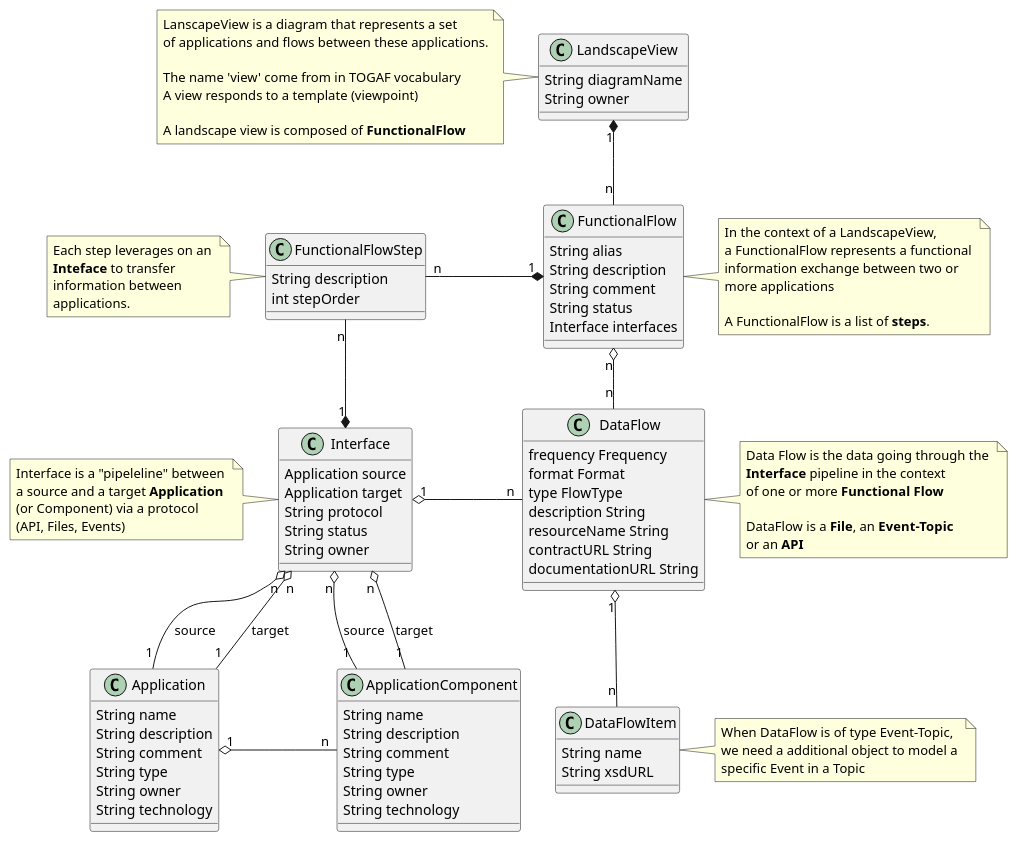
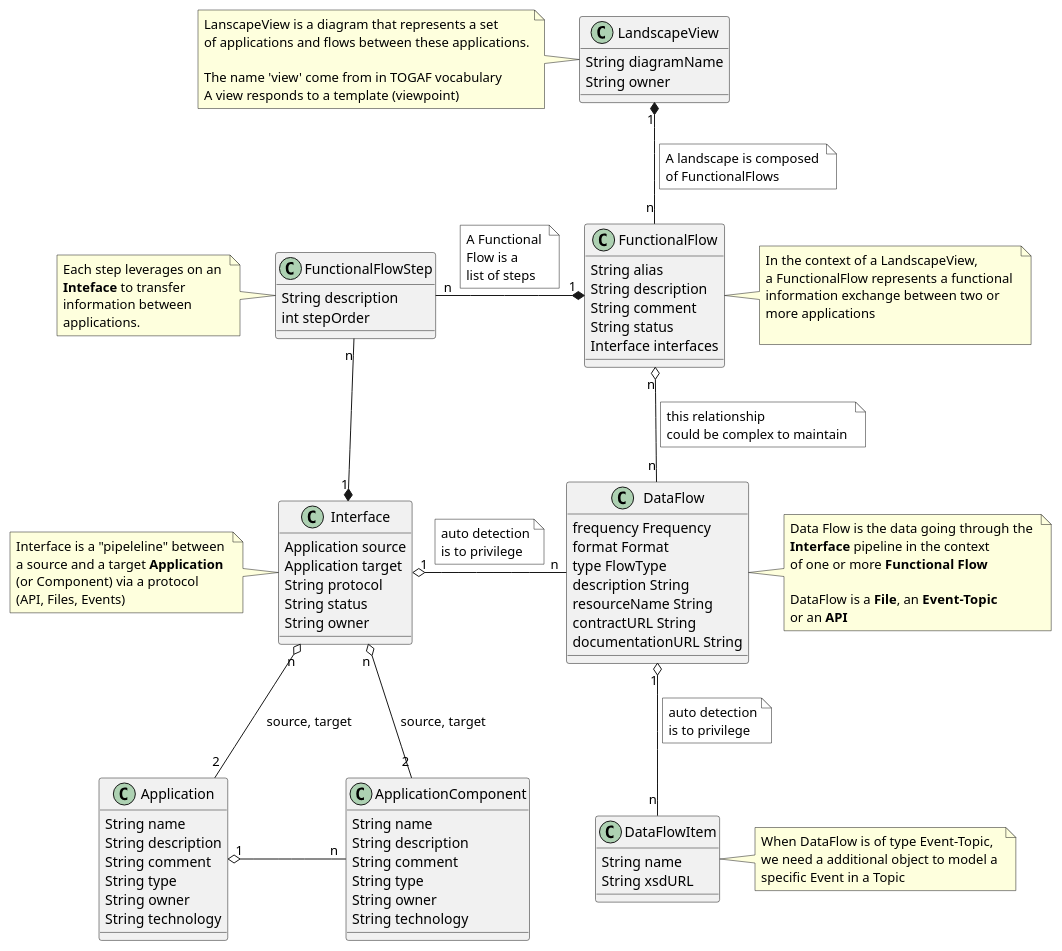
The diagram in documentation/metamodel/plantuml-eadesignit.puml (mauvaisetroupe/ea-design-it), drawn with PlantUML before and after one commit. The commit also changed 1 other file, not shown here.

Commit message:
add Steps in model documentation

```diff
--- a/documentation/metamodel/plantuml-eadesignit.puml
+++ b/documentation/metamodel/plantuml-eadesignit.puml
@@ -1,125 +1,140 @@
 @startuml
 LandscapeView "1" *-down- "n" FunctionalFlow
-FunctionalFlow "1" *-left- "n" FunctionalFlowStep  : \t\t\t
+note on link #White
+     A landscape is composed 
+     of FunctionalFlows
+end note
+FunctionalFlow "1" *-left- "n" FunctionalFlowStep  : \t\t\t\t
+note on link #White
+  A Functional 
+  Flow is a 
+  list of steps 
+end note
 FunctionalFlowStep "n" --* "1" Interface
-DataFlow "n" -left-o "1" Interface
+DataFlow "n" -left-o "1" Interface : \t\t\t\t
+note on link #White 
+   auto detection
+   is to privilege
+end note   
 DataFlow "1" o-down- "n" DataFlowItem
+note on link #White 
+   auto detection
+   is to privilege
+end note   
 DataFlow "n" -up-o "n" FunctionalFlow
-
-Interface "n" o-- "1" Application : source
-Interface "n" o-- "1" Application : target
-Interface "n" o-- "1" ApplicationComponent : source
-Interface "n" o-- "1" ApplicationComponent : target
+note on link #White
+   this relationship 
+   could be complex to maintain 
+end note   
+Interface "n" o-- "2" Application : source, target
+Interface "n" o-- "2" ApplicationComponent : source, target
 
 Application "1" o-right- "n" ApplicationComponent : \t\t\t
 
 
 
 Class LandscapeView {
    String diagramName 
    String owner
 }
 note left of LandscapeView
   LanscapeView is a diagram that represents a set 
   of applications and flows between these applications.
   
   The name 'view' come from in TOGAF vocabulary
   A view responds to a template (viewpoint)
-
-  A landscape view is composed of <b>FunctionalFlow</b>
 end note 
 
 Class FunctionalFlow {
    String alias
    String description
    String comment
    String status
 	Interface interfaces
 }
 note right of FunctionalFlow
   In the context of a LandscapeView,
   a FunctionalFlow represents a functional 
   information exchange between two or 
   more applications
   
-  A FunctionalFlow is a list of <b>steps</b>. 
 end note 
 
 Class FunctionalFlowStep {
    String description
    int stepOrder
 }
 
 note left of FunctionalFlowStep
   Each step leverages on an 
   <b>Inteface</b> to transfer 
   information between 
   applications.
 end note
 
 Class Interface {
    Application source
    Application target
    String protocol
    String status
    String owner
 }
 note left of Interface
    Interface is a "pipeleline" between 
    a source and a target <b>Application</b>
    (or Component) via a protocol 
    (API, Files, Events)
 end note
 
 
 Class Application {
    String name
    String description
    String comment
    String type
    String owner
    String technology
 }
 
 Class ApplicationComponent {
    String name
    String description
    String comment
    String type
    String owner
    String technology
 }
 
 
 Class DataFlow {
     frequency Frequency
     format Format
     type FlowType
     description String
     resourceName String
     contractURL String
     documentationURL String
 }
 
 
 note right of DataFlow
   Data Flow is the data going through the 
   <b>Interface</b> pipeline in the context 
   of one or more <b>Functional Flow</b>
   
   DataFlow is a <b>File</b>, an <b>Event-Topic</b> 
   or an <b>API</b>
 end note 
 
 
 Class DataFlowItem {
    String name
    String xsdURL
 }
 
 note right of DataFlowItem
    When DataFlow is of type Event-Topic, 
    we need a additional object to model a 
    specific Event in a Topic
 end note
 @enduml
```
